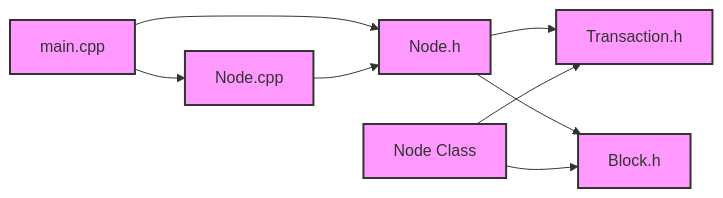
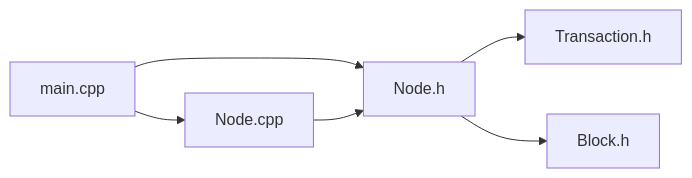
The diagram in README.md (floor-licker/B-wbsft), drawn with Mermaid before and after one commit.

````diff
--- a/README.md
+++ b/README.md
@@ -14,16 +14,8 @@
 ```mermaid
 graph LR
     A["main.cpp"] --> B["Node.h"]
-    A["main.cpp"] --> C["Node.cpp"]
-    B["Node.h"] --> D["Transaction.h"]
-    B["Node.h"] --> E["Block.h"]
-    C["Node.cpp"] --> B["Node.h"]
-    
-    %% Class Relationships
-    F["Node Class"] --> D["Transaction.h"]
-    F["Node Class"] --> E["Block.h"]
-    
-    %% Custom Styles
-    classDef fileNode fill:#f9f,stroke:#333,stroke-width:2px;
-    class A,B,C,D,E,F fileNode;
+    A --> C["Node.cpp"]
+    B --> D["Transaction.h"]
+    B --> E["Block.h"]
+    C --> B
 ```
````
